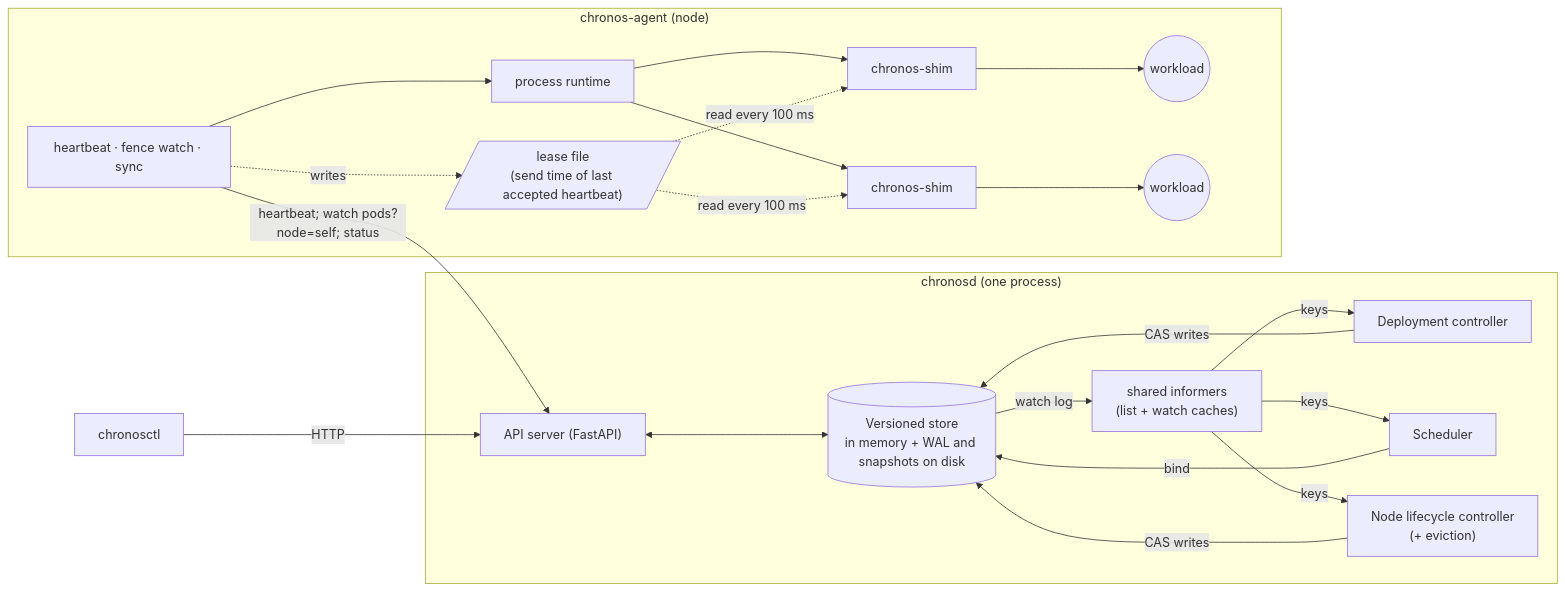
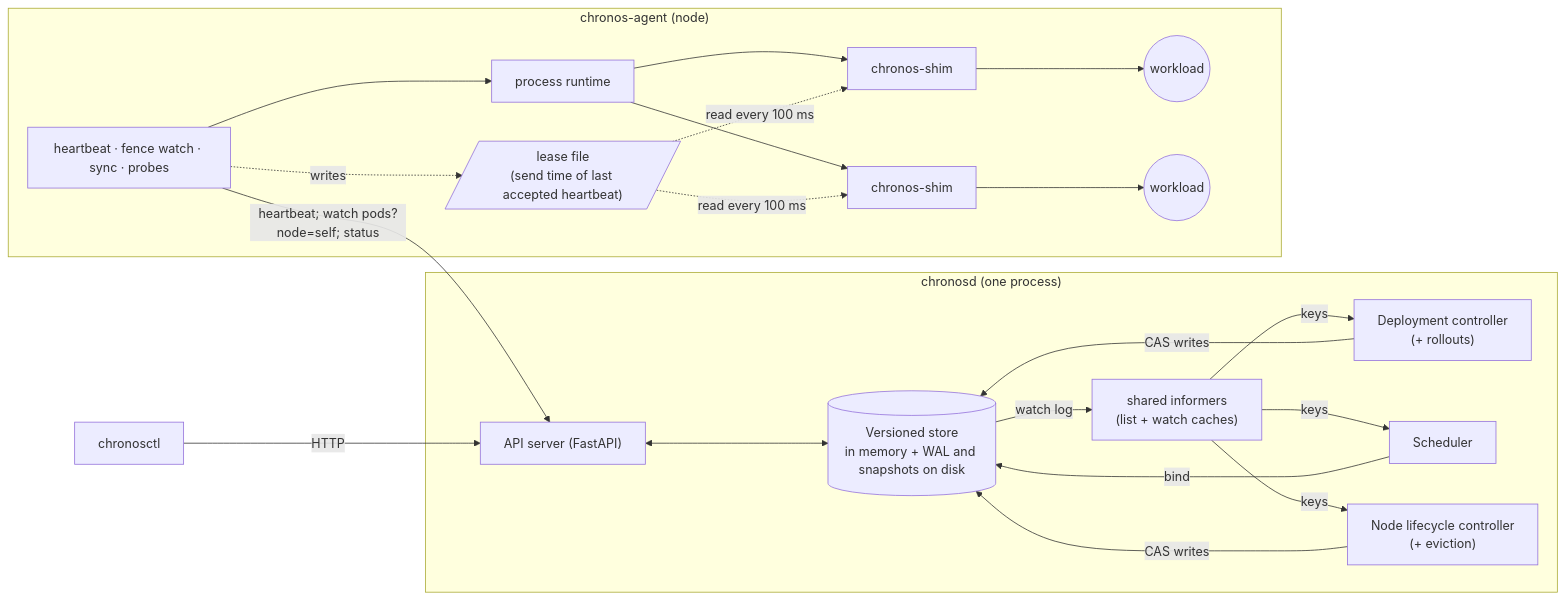
One commit to kankaniakshat185/Chronos changed the diagram in README.md. Above: the diagram before and after it, drawn with Mermaid. The commit also changed other lines of this file, not shown here.

````diff
--- a/README.md
+++ b/README.md
@@ -98,28 +31,28 @@
 ```mermaid
 flowchart LR
     subgraph CP["chronosd (one process)"]
         API["API server (FastAPI)"]
         STORE[("Versioned store<br/>in memory + WAL and snapshots on disk")]
-        DC["Deployment controller"]
+        DC["Deployment controller<br/>(+ rollouts)"]
         SCH["Scheduler"]
         NLC["Node lifecycle controller<br/>(+ eviction)"]
         API <--> STORE
         STORE -->|"watch log"| INF["shared informers<br/>(list + watch caches)"]
         INF -->|"keys"| DC
         INF -->|"keys"| SCH
         INF -->|"keys"| NLC
         DC -->|"CAS writes"| STORE
         SCH -->|"bind"| STORE
         NLC -->|"CAS writes"| STORE
     end
     CLI["chronosctl"] -->|HTTP| API
     subgraph N1["chronos-agent (node)"]
-        A1["heartbeat · fence watch · sync"] --> R1["process runtime"]
+        A1["heartbeat · fence watch · sync · probes"] --> R1["process runtime"]
         A1 -.->|"writes"| L1[/"lease file<br/>(send time of last accepted heartbeat)"/]
         R1 --> S1a["chronos-shim"] --> W1a(("workload"))
         R1 --> S1b["chronos-shim"] --> W1b(("workload"))
         L1 -.->|"read every 100 ms"| S1a
         L1 -.->|"read every 100 ms"| S1b
     end
     A1 -->|"heartbeat; watch pods?node=self; status"| API
 ```
````
